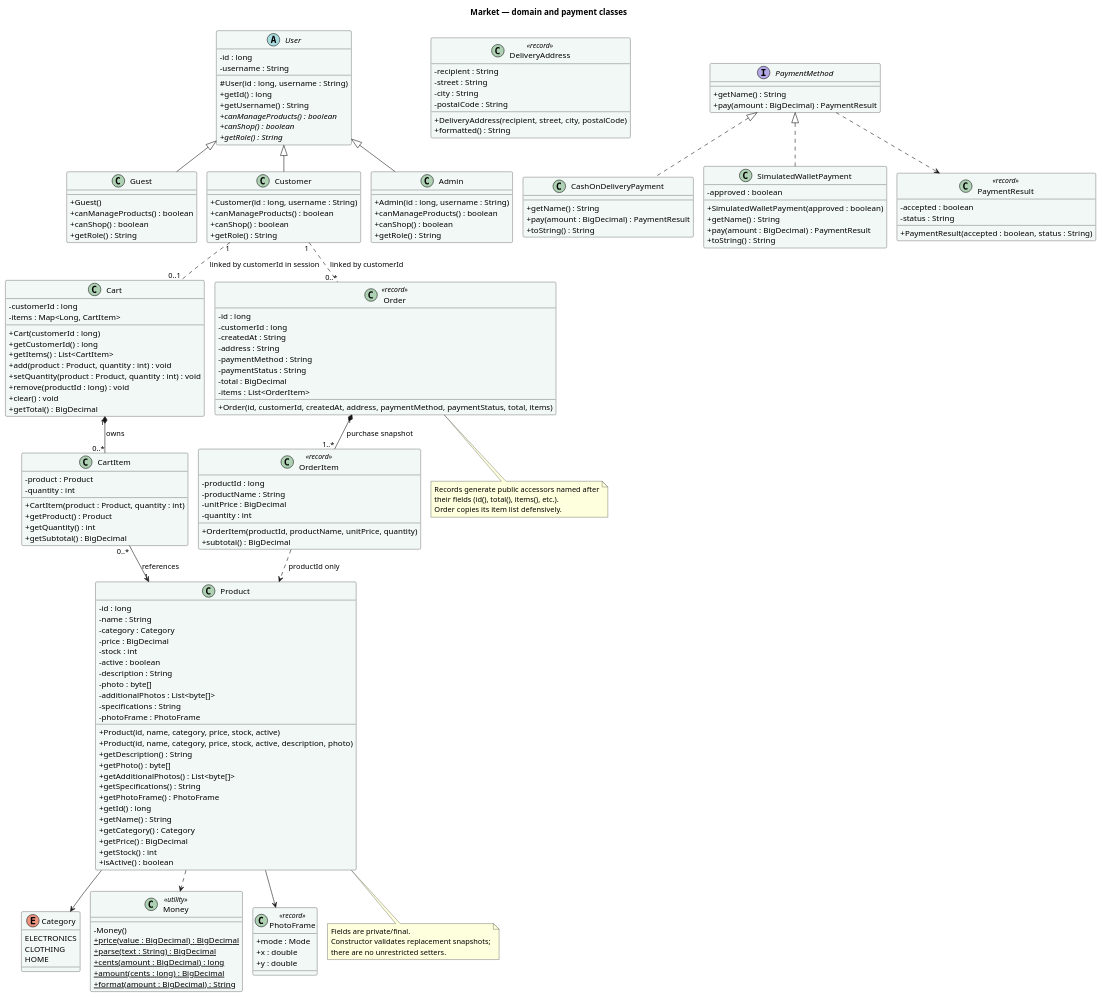
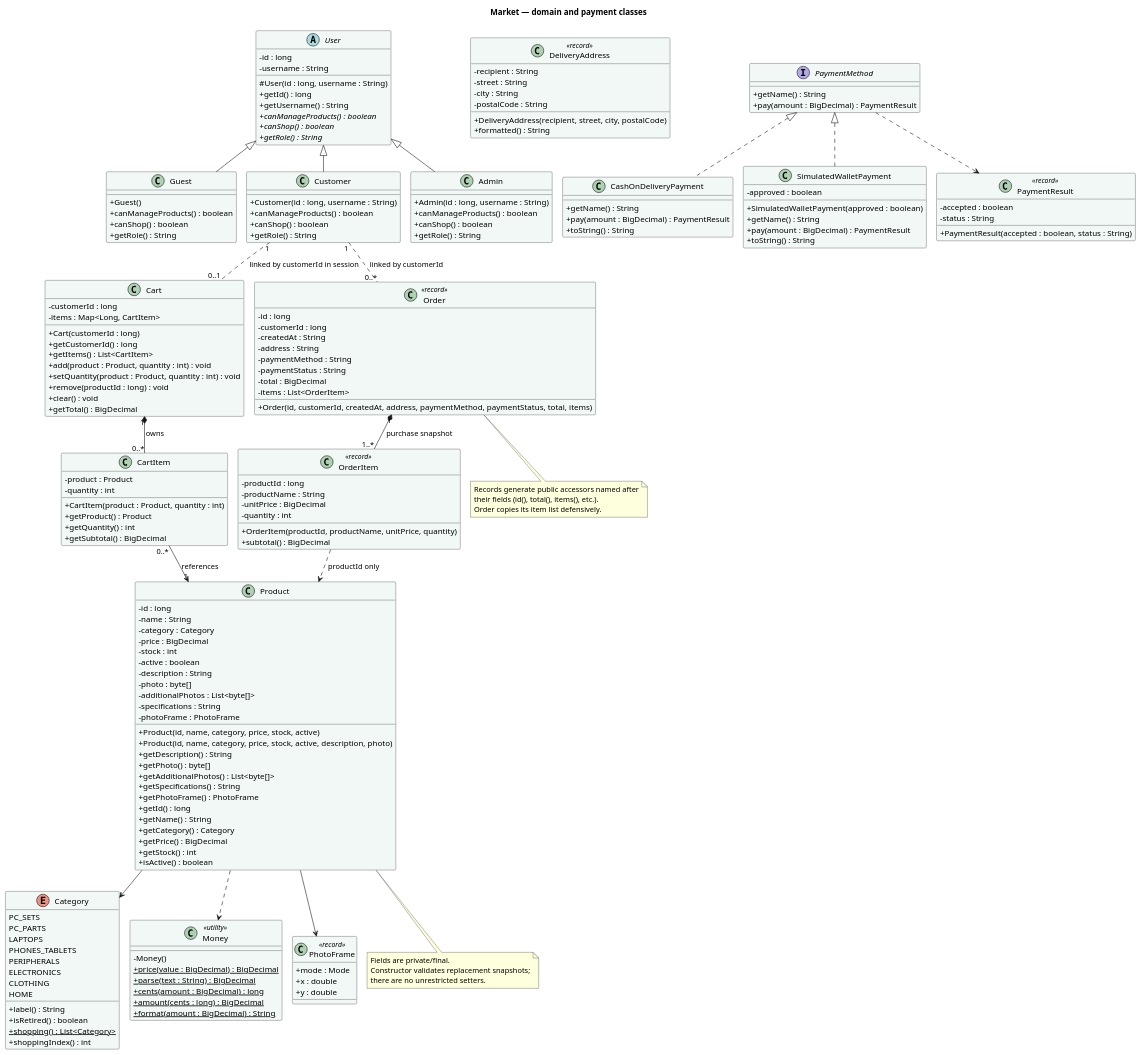
The first of 2 diagrams in docs/classes.puml (markreeveconsul/E-commerce-Project), drawn with PlantUML before and after one commit. The commit also changed 23 other files, not shown here.

```diff
--- a/docs/classes.puml
+++ b/docs/classes.puml
@@ -1,173 +1,182 @@
 @startuml domain
 !pragma layout smetana
 skinparam classAttributeIconSize 0
 skinparam shadowing false
 skinparam backgroundColor #FFFFFF
 skinparam classBackgroundColor #F1F8F6
 title Market — domain and payment classes
 abstract class User {
   -id : long
   -username : String
   #User(id : long, username : String)
   +getId() : long
   +getUsername() : String
   {abstract} +canManageProducts() : boolean
   {abstract} +canShop() : boolean
   {abstract} +getRole() : String
 }
 class Guest {
   +Guest()
   +canManageProducts() : boolean
   +canShop() : boolean
   +getRole() : String
 }
 class DeliveryAddress <<record>> {
   -recipient : String
   -street : String
   -city : String
   -postalCode : String
   +DeliveryAddress(recipient, street, city, postalCode)
   +formatted() : String
 }
 class Customer {
   +Customer(id : long, username : String)
   +canManageProducts() : boolean
   +canShop() : boolean
   +getRole() : String
 }
 class Admin {
   +Admin(id : long, username : String)
   +canManageProducts() : boolean
   +canShop() : boolean
   +getRole() : String
 }
 enum Category {
+  PC_SETS
+  PC_PARTS
+  LAPTOPS
+  PHONES_TABLETS
+  PERIPHERALS
   ELECTRONICS
   CLOTHING
   HOME
+  + label() : String
+  + isRetired() : boolean
+  {static} + shopping() : List<Category>
+  + shoppingIndex() : int
 }
 class Product {
   -id : long
   -name : String
   -category : Category
   -price : BigDecimal
   -stock : int
   -active : boolean
   -description : String
   -photo : byte[]
   -additionalPhotos : List<byte[]>
   -specifications : String
   -photoFrame : PhotoFrame
   +Product(id, name, category, price, stock, active)
   +Product(id, name, category, price, stock, active, description, photo)
   +getDescription() : String
   +getPhoto() : byte[]
   +getAdditionalPhotos() : List<byte[]>
   +getSpecifications() : String
   +getPhotoFrame() : PhotoFrame
   +getId() : long
   +getName() : String
   +getCategory() : Category
   +getPrice() : BigDecimal
   +getStock() : int
   +isActive() : boolean
 }
 class Cart {
   -customerId : long
   -items : Map<Long, CartItem>
   +Cart(customerId : long)
   +getCustomerId() : long
   +getItems() : List<CartItem>
   +add(product : Product, quantity : int) : void
   +setQuantity(product : Product, quantity : int) : void
   +remove(productId : long) : void
   +clear() : void
   +getTotal() : BigDecimal
 }
 class CartItem {
   -product : Product
   -quantity : int
   +CartItem(product : Product, quantity : int)
   +getProduct() : Product
   +getQuantity() : int
   +getSubtotal() : BigDecimal
 }
 class Order <<record>> {
   -id : long
   -customerId : long
   -createdAt : String
   -address : String
   -paymentMethod : String
   -paymentStatus : String
   -total : BigDecimal
   -items : List<OrderItem>
   +Order(id, customerId, createdAt, address, paymentMethod, paymentStatus, total, items)
 }
 class OrderItem <<record>> {
   -productId : long
   -productName : String
   -unitPrice : BigDecimal
   -quantity : int
   +OrderItem(productId, productName, unitPrice, quantity)
   +subtotal() : BigDecimal
 }
 class Money <<utility>> {
   -Money()
   {static} +price(value : BigDecimal) : BigDecimal
   {static} +parse(text : String) : BigDecimal
   {static} +cents(amount : BigDecimal) : long
   {static} +amount(cents : long) : BigDecimal
   {static} +format(amount : BigDecimal) : String
 }
 interface PaymentMethod {
   +getName() : String
   +pay(amount : BigDecimal) : PaymentResult
 }
 class CashOnDeliveryPayment {
   +getName() : String
   +pay(amount : BigDecimal) : PaymentResult
   +toString() : String
 }
 class SimulatedWalletPayment {
   -approved : boolean
   +SimulatedWalletPayment(approved : boolean)
   +getName() : String
   +pay(amount : BigDecimal) : PaymentResult
   +toString() : String
 }
 class PaymentResult <<record>> {
   -accepted : boolean
   -status : String
   +PaymentResult(accepted : boolean, status : String)
 }
 User <|-- Guest
 User <|-- Customer
 User <|-- Admin
 Cart "1" *-- "0..*" CartItem : owns
 CartItem "0..*" --> "1" Product : references
 Order "1" *-- "1..*" OrderItem : purchase snapshot
 class PhotoFrame <<record>> {
   +mode : Mode
   +x : double
   +y : double
 }
 Product --> PhotoFrame
 Product --> Category
 Product ..> Money
 PaymentMethod <|.. CashOnDeliveryPayment
 PaymentMethod <|.. SimulatedWalletPayment
 PaymentMethod ..> PaymentResult
 Customer "1" .. "0..*" Order : linked by customerId
 Customer "1" .. "0..1" Cart : linked by customerId in session
 OrderItem ..> Product : productId only
 note bottom of Order
 Records generate public accessors named after
 their fields (id(), total(), items(), etc.).
 Order copies its item list defensively.
 end note
 note bottom of Product
 Fields are private/final.
 Constructor validates replacement snapshots;
 there are no unrestricted setters.
 end note
 @enduml
```
